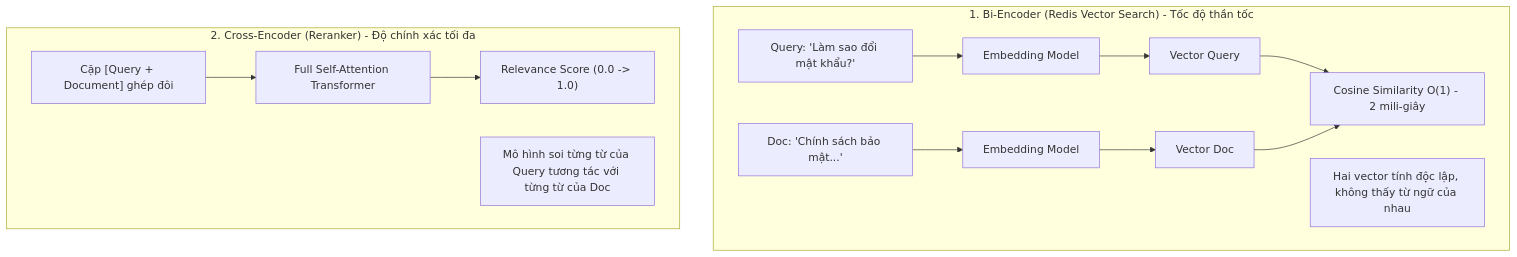
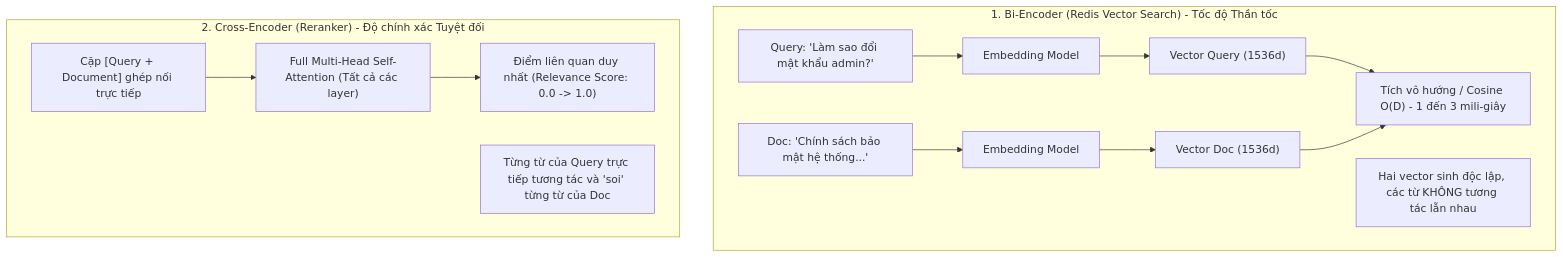
One commit to hieutran0204/Redis_Iris changed the first of 3 diagrams in 2-vector-search-and-rag/3-rag-pipeline-and-reranking.md. Above: the diagram before and after it, drawn with Mermaid. The commit also changed other lines of this file, not shown here.

Commit message:
feat(rag): elevate chapter 2.3 with production two-stage retrieval, query rewriting, and real redis hnsw lab

````diff
--- a/2-vector-search-and-rag/3-rag-pipeline-and-reranking.md
+++ b/2-vector-search-and-rag/3-rag-pipeline-and-reranking.md
@@ -26,15 +29,15 @@
 ```mermaid
 graph TD
-    subgraph BiEncoder["1. Bi-Encoder (Redis Vector Search) - Tốc độ thần tốc"]
-        Q1["Query: 'Làm sao đổi mật khẩu?'"] --> M1["Embedding Model"] --> V1["Vector Query"]
-        D1["Doc: 'Chính sách bảo mật...'"] --> M2["Embedding Model"] --> V2["Vector Doc"]
-        V1 & V2 --> Sim["Cosine Similarity O(1) - 2 mili-giây"]
-        Note1["Hai vector tính độc lập, không thấy từ ngữ của nhau"]
+    subgraph BiEncoder["1. Bi-Encoder (Redis Vector Search) - Tốc độ Thần tốc"]
+        Q1["Query: 'Làm sao đổi mật khẩu admin?'"] --> M1["Embedding Model"] --> V1["Vector Query (1536d)"]
+        D1["Doc: 'Chính sách bảo mật hệ thống...'"] --> M2["Embedding Model"] --> V2["Vector Doc (1536d)"]
+        V1 & V2 --> Sim["Tích vô hướng / Cosine O(D) - 1 đến 3 mili-giây"]
+        Note1["Hai vector sinh độc lập, các từ KHÔNG tương tác lẫn nhau"]
     end
 
-    subgraph CrossEncoder["2. Cross-Encoder (Reranker) - Độ chính xác tối đa"]
-        QD["Cặp [Query + Document] ghép đôi"] --> Trans["Full Self-Attention Transformer"]
-        Trans --> Score["Relevance Score (0.0 -> 1.0)"]
-        Note2["Mô hình soi từng từ của Query tương tác với từng từ của Doc"]
+    subgraph CrossEncoder["2. Cross-Encoder (Reranker) - Độ chính xác Tuyệt đối"]
+        QD["Cặp [Query + Document] ghép nối trực tiếp"] --> Trans["Full Multi-Head Self-Attention (Tất cả các layer)"]
+        Trans --> Score["Điểm liên quan duy nhất (Relevance Score: 0.0 -> 1.0)"]
+        Note2["Từng từ của Query trực tiếp tương tác và 'soi' từng từ của Doc"]
     end
 ```
````
